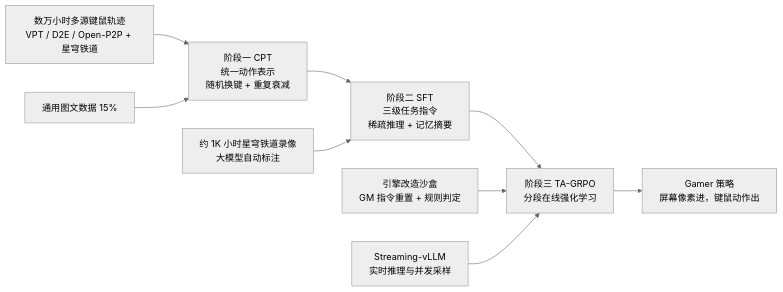
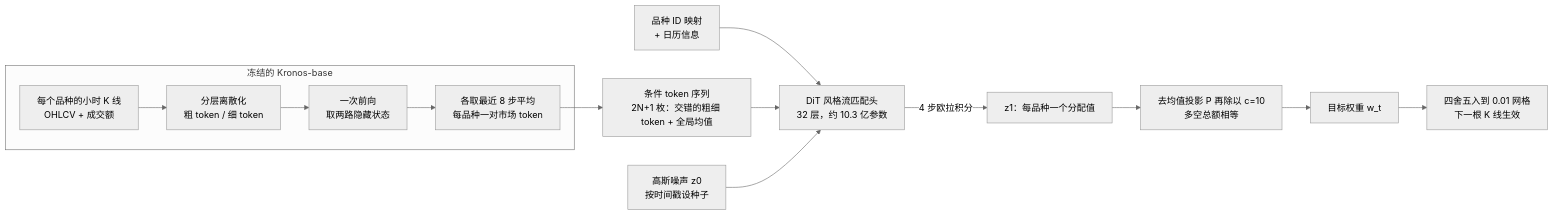
One commit to yingwang/paper-reads changed the second of 5 diagrams in docs/index.md. Above: the diagram before and after it, drawn with Mermaid (neutral theme). The commit also changed other lines of this file and 2 other files, not shown here.

First line of the commit message:
Add 2026-11-17-allocflow-end-to-end-portfolio-flow-matching

````diff
--- a/docs/index.md
+++ b/docs/index.md
@@ -89,11 +136,16 @@
 ```mermaid
 graph LR
-    D1["数万小时多源键鼠轨迹<br/>VPT / D2E / Open-P2P + 星穹铁道"] --> S1["阶段一 CPT<br/>统一动作表示<br/>随机换键 + 重复衰减"]
-    D0["通用图文数据 15%"] --> S1
-    S1 --> S2["阶段二 SFT<br/>三级任务指令<br/>稀疏推理 + 记忆摘要"]
-    D2["约 1K 小时星穹铁道录像<br/>大模型自动标注"] --> S2
-    S2 --> S3["阶段三 TA-GRPO<br/>分段在线强化学习"]
-    E["引擎改造沙盒<br/>GM 指令重置 + 规则判定"] --> S3
-    V["Streaming-vLLM<br/>实时推理与并发采样"] --> S3
-    S3 --> M["Gamer 策略<br/>屏幕像素进，键鼠动作出"]
+    subgraph 编码["冻结的 Kronos-base"]
+        X["每个品种的小时 K 线<br/>OHLCV + 成交额"] --> T["分层离散化<br/>粗 token / 细 token"]
+        T --> H["一次前向<br/>取两路隐藏状态"]
+        H --> M["各取最近 8 步平均<br/>每品种一对市场 token"]
+    end
+    M --> C["条件 token 序列<br/>2N+1 枚：交错的粗细 token + 全局均值"]
+    ID["品种 ID 映射<br/>+ 日历信息"] --> F
+    C --> F["DiT 风格流匹配头<br/>32 层，约 10.3 亿参数"]
+    Z["高斯噪声 z0<br/>按时间戳设种子"] --> F
+    F -->|"4 步欧拉积分"| Z1["z1：每品种一个分配值"]
+    Z1 --> D["去均值投影 P 再除以 c=10<br/>多空总额相等"]
+    D --> W["目标权重 w_t"]
+    W --> R["四舍五入到 0.01 网格<br/>下一根 K 线生效"]
 ```
````
